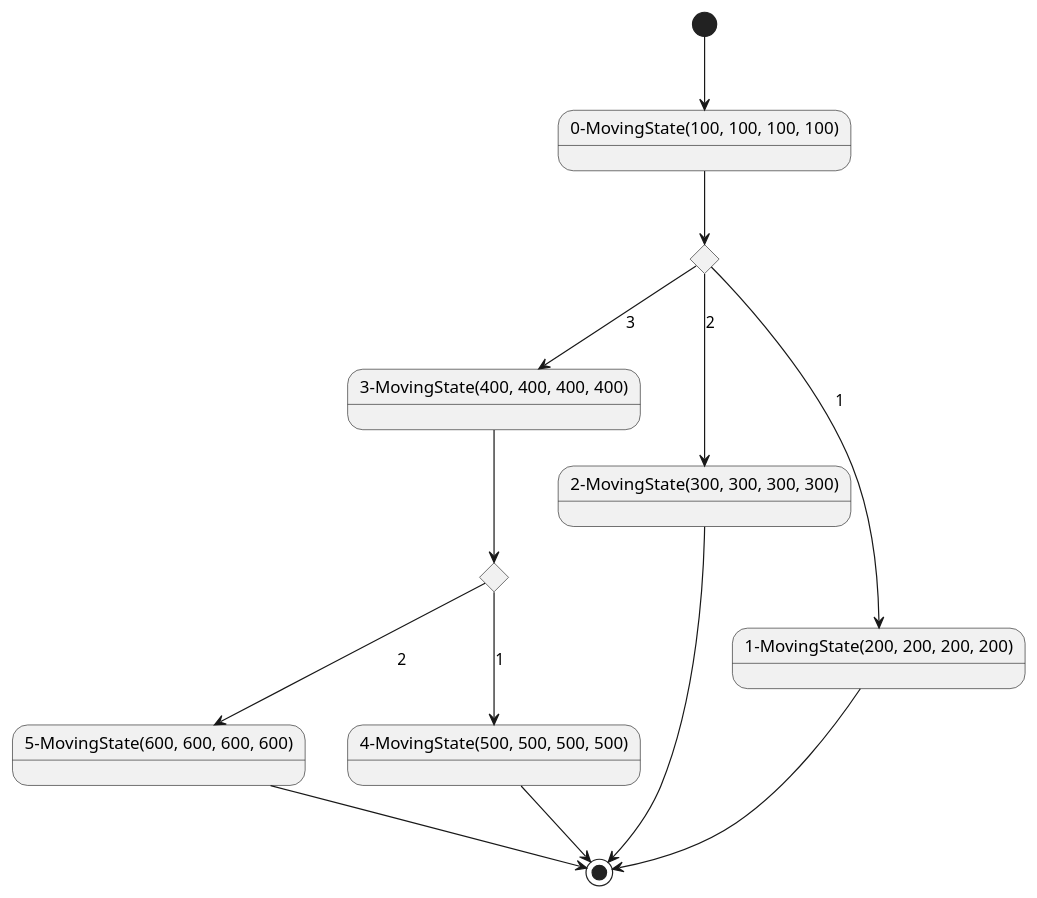
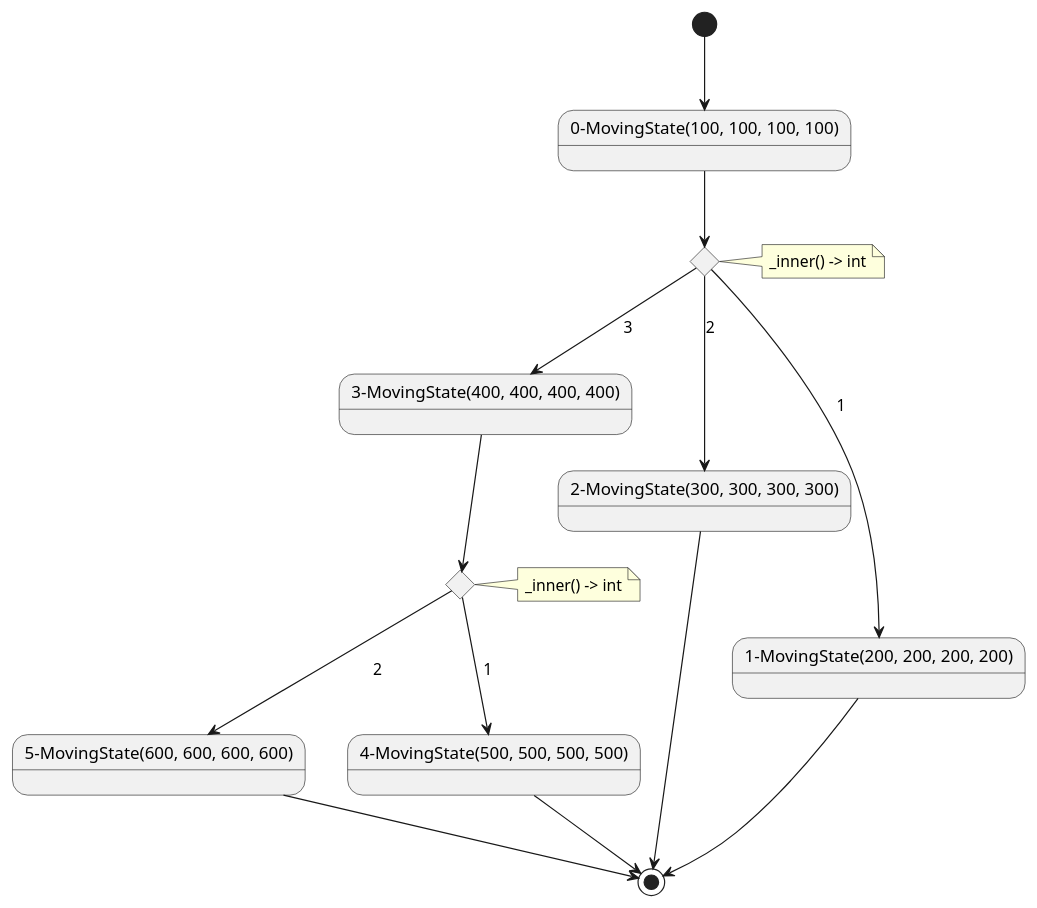
The diagram in README.md (Kazu-Kusa/mentabotix), drawn with PlantUML before and after one commit. The commit also changed other lines of this file and 1 other file, not shown here.

````diff
--- a/README.md
+++ b/README.md
@@ -599,26 +599,30 @@
 ```plantuml
 @startuml
 state "5-MovingState(600, 600, 600, 600)" as state_6
 state "4-MovingState(500, 500, 500, 500)" as state_5
 state break_2 <<choice>>
+note right of break_2: _inner() -> int
 state "3-MovingState(400, 400, 400, 400)" as state_4
 state "2-MovingState(300, 300, 300, 300)" as state_3
 state "1-MovingState(200, 200, 200, 200)" as state_2
 state break_1 <<choice>>
+note right of break_1: _inner() -> int
 state "0-MovingState(100, 100, 100, 100)" as state_1
 state_1 --> break_1
 break_1 --> state_2: 1
 break_1 --> state_3: 2
 break_1 --> state_4: 3
 state_4 --> break_2
 break_2 --> state_5: 1
 break_2 --> state_6: 2
 
 [*] --> state_1
 
 state_2 --> [*]
 state_3 --> [*]
 state_5 --> [*]
 state_6 --> [*]
+
 @enduml
+
 ```
````
